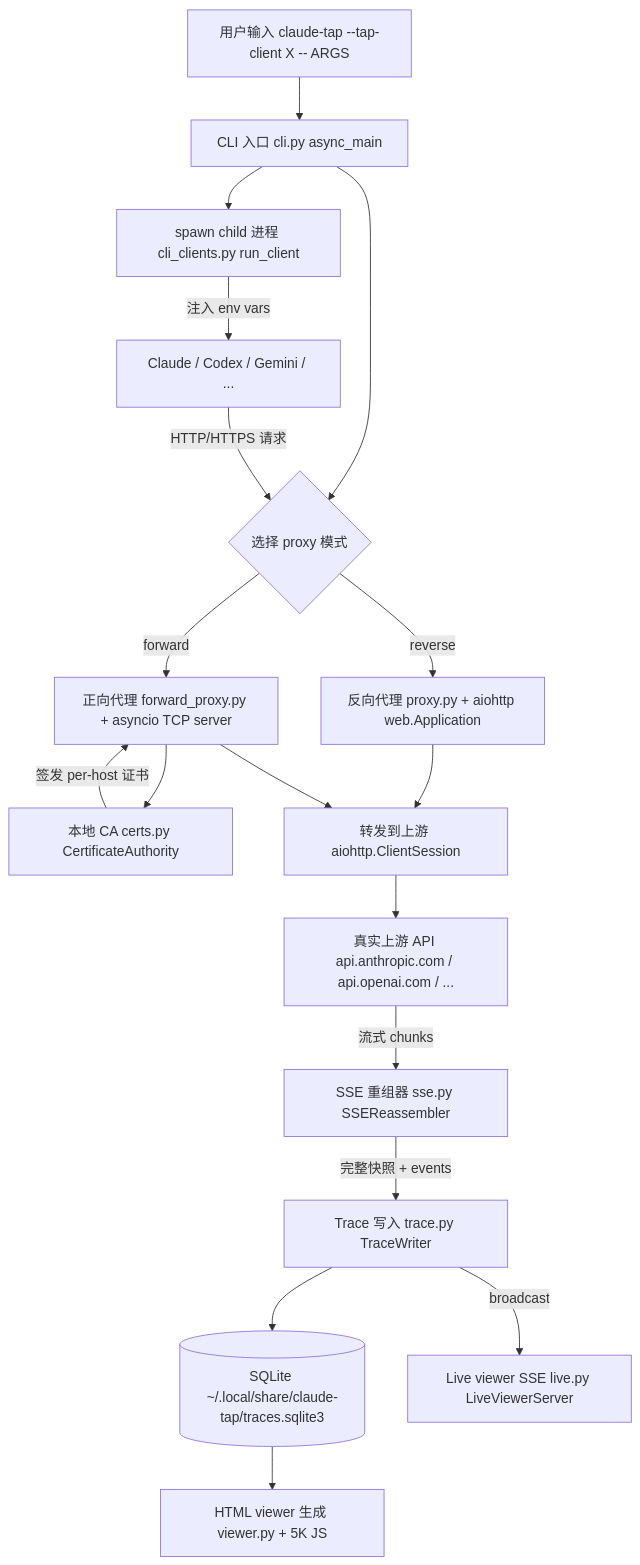
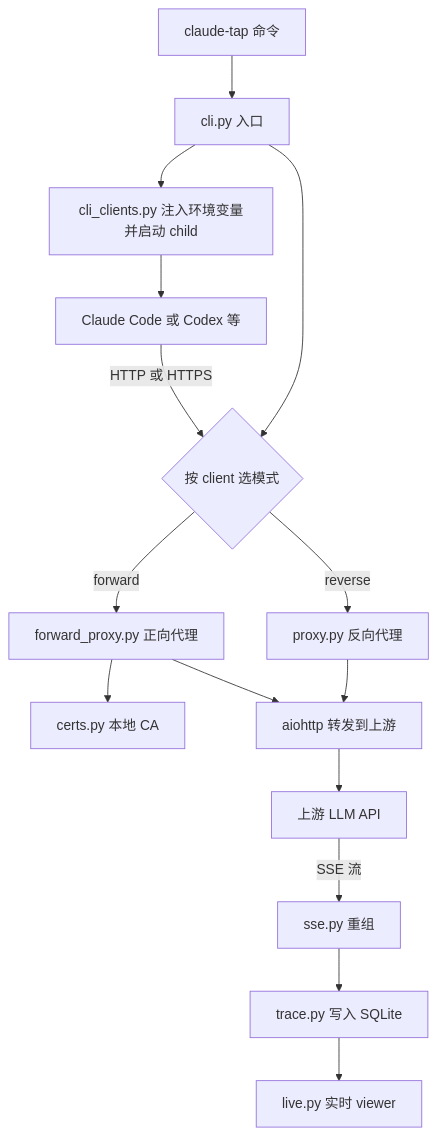
One commit to diguike/book-source-reading changed the first of 4 diagrams in book/04-claude-tap.md. Above: the diagram before and after it, drawn with Mermaid. The commit also changed other lines of this file and 14 other files, not shown here.

````diff
--- a/book/04-claude-tap.md
+++ b/book/04-claude-tap.md
@@ -136,20 +88,17 @@
 ```mermaid
 graph TB
-    A[用户输入 claude-tap --tap-client X -- ARGS] --> B[CLI 入口 cli.py async_main]
-    B --> C{选择 proxy 模式}
-    C -->|reverse| D[反向代理 proxy.py + aiohttp web.Application]
-    C -->|forward| E[正向代理 forward_proxy.py + asyncio TCP server]
-    E --> F[本地 CA certs.py CertificateAuthority]
-    F -->|签发 per-host 证书| E
-    B --> G[spawn child 进程 cli_clients.py run_client]
-    G -->|注入 env vars| H[Claude / Codex / Gemini / ...]
-    H -->|HTTP/HTTPS 请求| C
-    D --> I[转发到上游 aiohttp.ClientSession]
+    A[claude-tap 命令] --> B[cli.py 入口]
+    B --> C{按 client 选模式}
+    C -->|reverse| D[proxy.py 反向代理]
+    C -->|forward| E[forward_proxy.py 正向代理]
+    E --> F[certs.py 本地 CA]
+    B --> G[cli_clients.py 注入环境变量并启动 child]
+    G --> H[Claude Code 或 Codex 等]
+    H -->|HTTP 或 HTTPS| C
+    D --> I[aiohttp 转发到上游]
     E --> I
-    I --> J[真实上游 API api.anthropic.com / api.openai.com / ...]
-    J -->|流式 chunks| K[SSE 重组器 sse.py SSEReassembler]
-    K -->|完整快照 + events| L[Trace 写入 trace.py TraceWriter]
-    L --> M[(SQLite ~/.local/share/claude-tap/traces.sqlite3)]
-    L -->|broadcast| N[Live viewer SSE live.py LiveViewerServer]
-    M --> O[HTML viewer 生成 viewer.py + 5K JS]
+    I --> J[上游 LLM API]
+    J -->|SSE 流| K[sse.py 重组]
+    K --> L[trace.py 写入 SQLite]
+    L --> M[live.py 实时 viewer]
 ```
````
